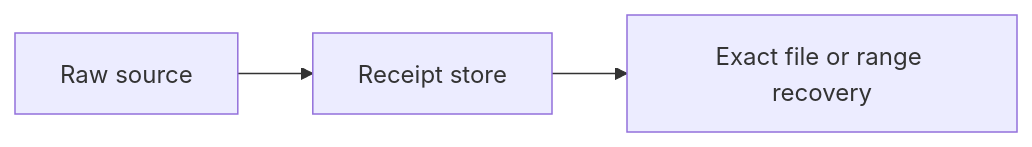
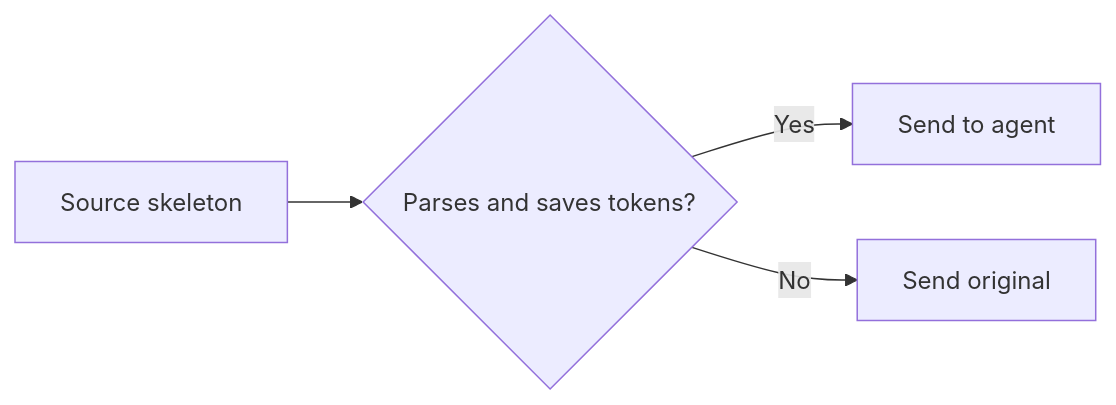
The fourth of 4 diagrams in README.md (EvanGruhlkey/ContextLens), drawn with Mermaid before and after one commit. The commit also changed other lines of this file and 1 other file, not shown here.

````diff
--- a/README.md
+++ b/README.md
@@ -96,5 +88,6 @@
 ```mermaid
 flowchart LR
-    A[Raw source] --> B[Receipt store]
-    B --> C[Exact file or range recovery]
+    A[Source skeleton] --> B{Parses and saves tokens?}
+    B -- Yes --> C[Send to agent]
+    B -- No --> D[Send original]
 ```
````
